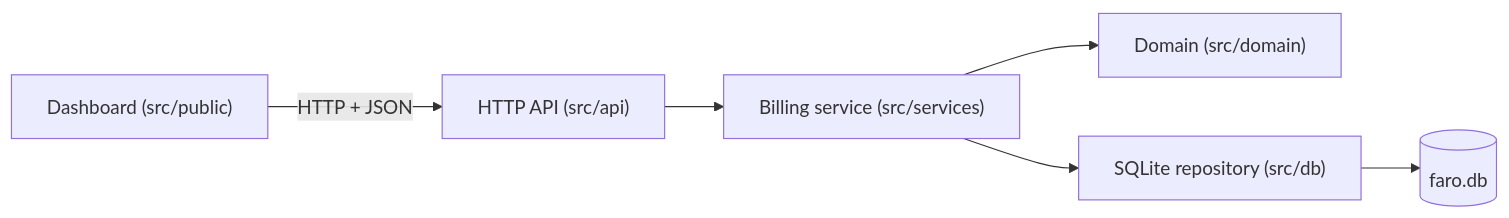
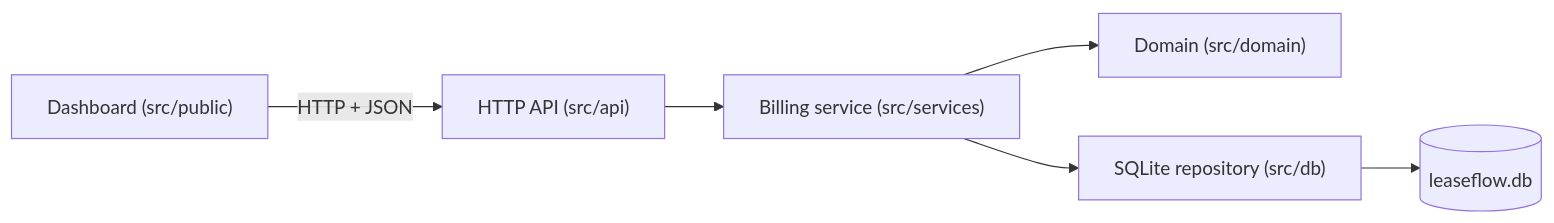
Before and after one commit to D-MachadoDev/leaseflow: the first of 2 diagrams in README.md, drawn with Mermaid. The commit also changed other lines of this file and 6 other files, not shown here.

````diff
--- a/README.md
+++ b/README.md
@@ -28,8 +28,8 @@
 ```mermaid
 flowchart LR
     UI["Dashboard (src/public)"] -->|HTTP + JSON| API["HTTP API (src/api)"]
     API --> SVC["Billing service (src/services)"]
     SVC --> DOM["Domain (src/domain)"]
     SVC --> DB["SQLite repository (src/db)"]
-    DB --> FILE[("faro.db")]
+    DB --> FILE[("leaseflow.db")]
 ```
````
